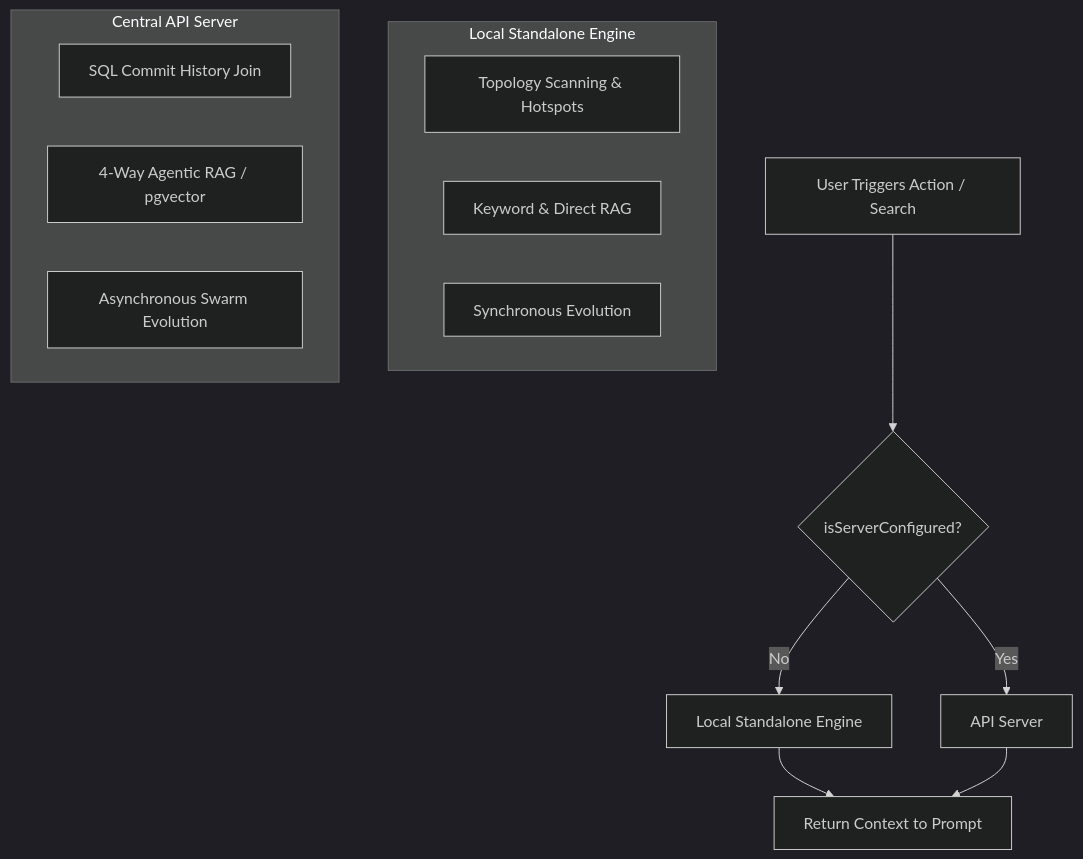
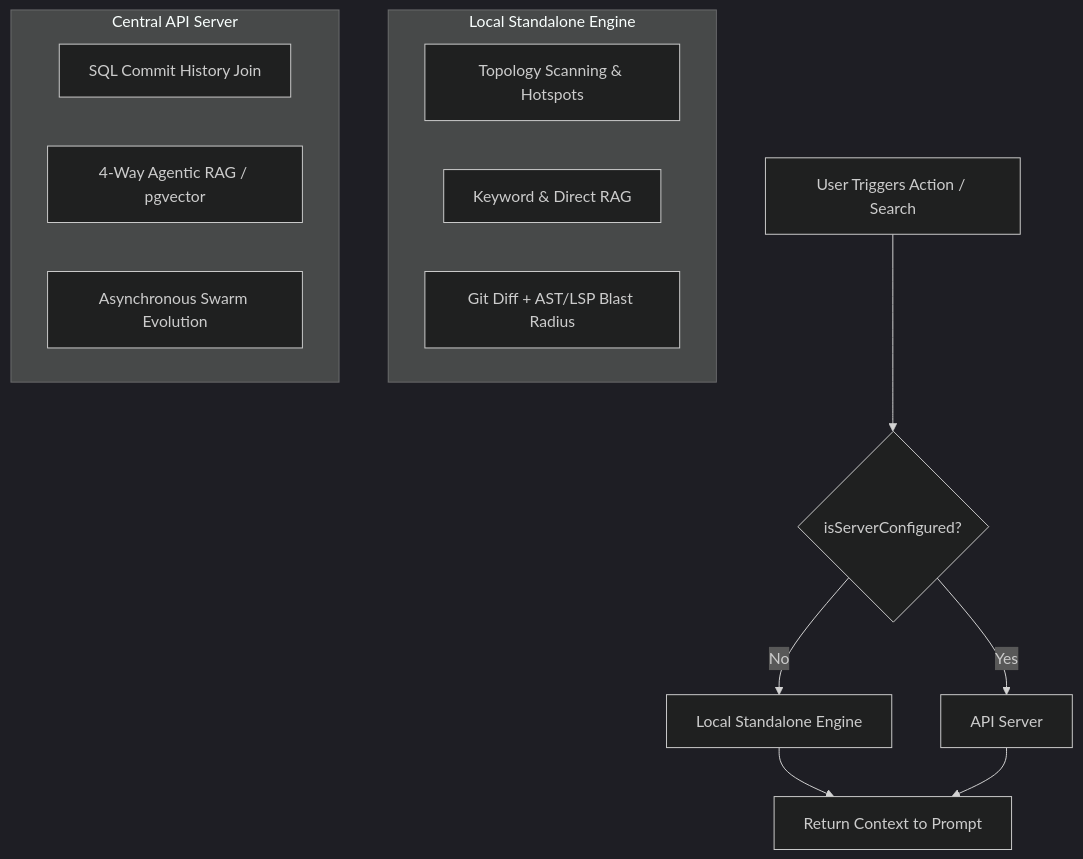
The diagram in docs/design/adrs/ADR-002-local-first-architecture.md (dyphn1/Docuvia), drawn with Mermaid (dark theme) before and after one commit. The commit also changed other lines of this file and 8 other files, not shown here.

````diff
--- a/docs/design/adrs/ADR-002-local-first-architecture.md
+++ b/docs/design/adrs/ADR-002-local-first-architecture.md
@@ -27,21 +27,21 @@
 ```mermaid
 flowchart TD
     Start[User Triggers Action / Search] --> Check{isServerConfigured?}
     Check -- Yes --> Server[API Server]
     Check -- No --> Local[Local Standalone Engine]
 
     subgraph Local Standalone Engine
         L1[Topology Scanning & Hotspots]
         L2[Keyword & Direct RAG]
-        L3[Synchronous Evolution]
+        L3[Git Diff + AST/LSP Blast Radius]
     end
 
     subgraph Central API Server
         S1[SQL Commit History Join]
         S2[4-Way Agentic RAG / pgvector]
         S3[Asynchronous Swarm Evolution]
     end
 
     Local --> Result[Return Context to Prompt]
     Server --> Result
 ```
````
